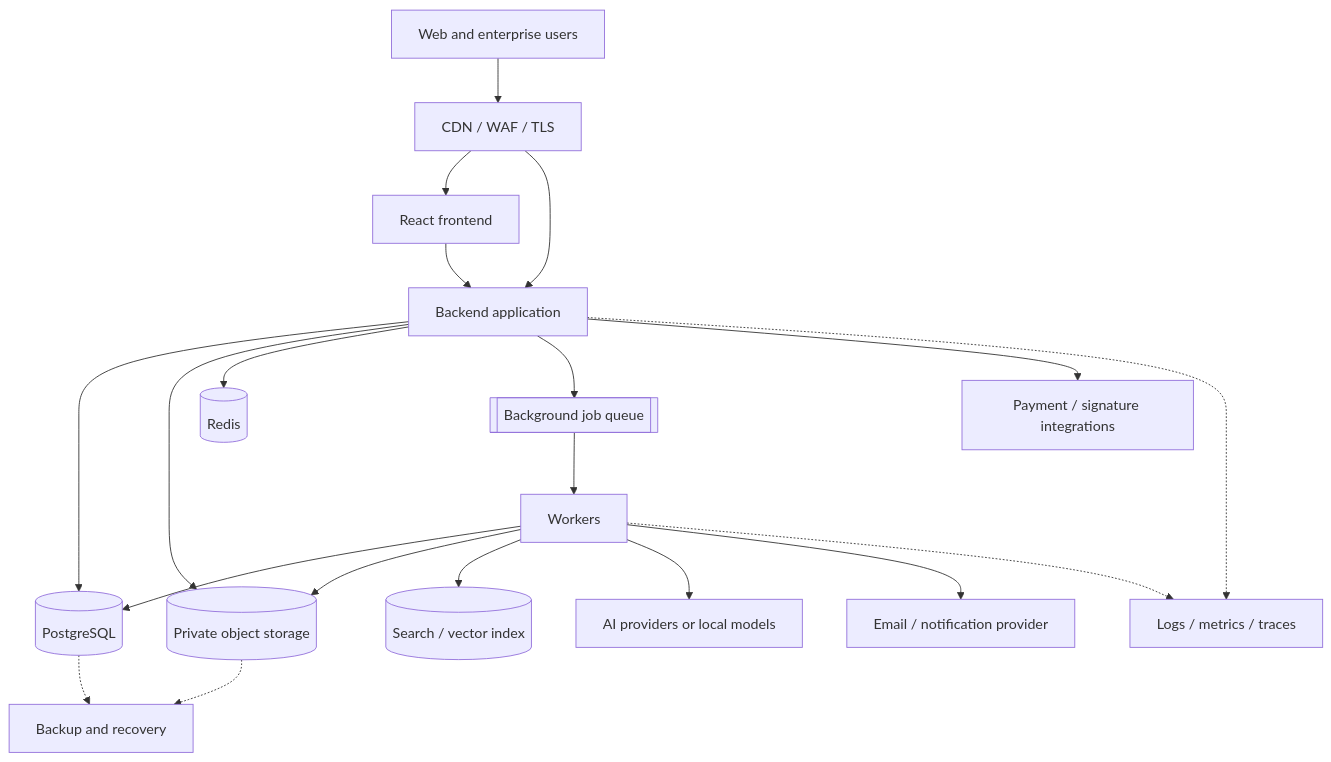
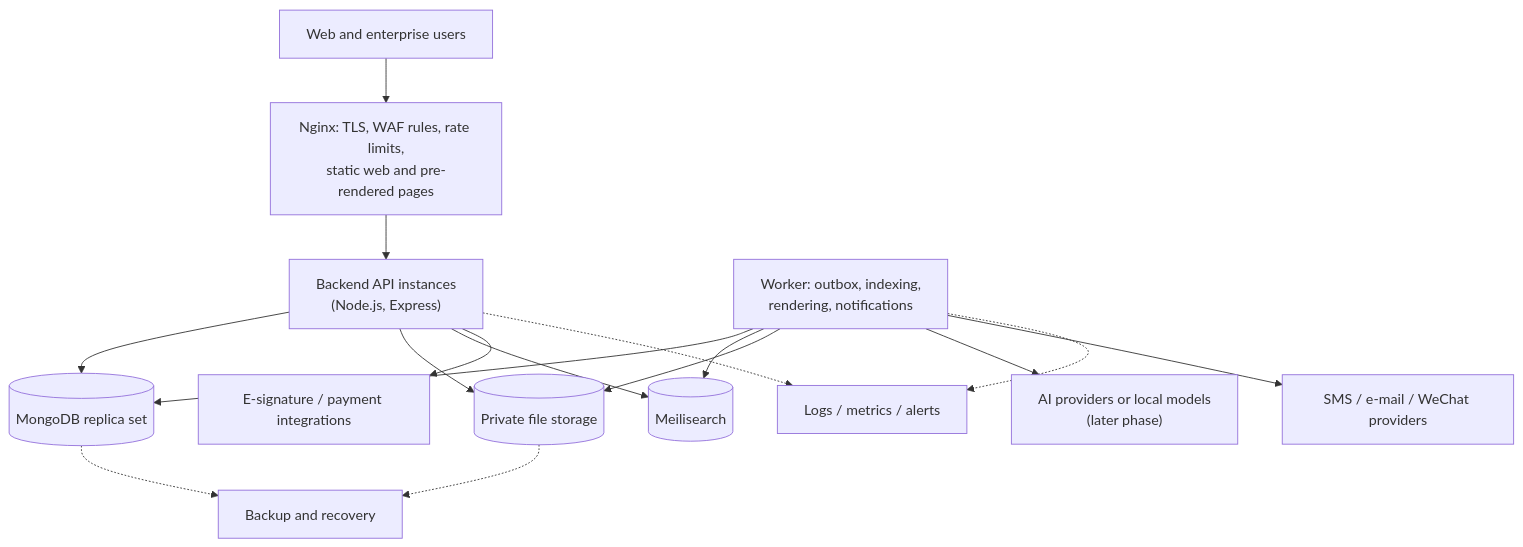
Diagram 21 of 21 in 05-system-design-blueprint.md (greensoft-atom/tex-platform), drawn with Mermaid before and after one commit. The commit also changed other lines of this file and 25 other files, not shown here.

````diff
--- a/05-system-design-blueprint.md
+++ b/05-system-design-blueprint.md
@@ -1554,22 +1511,18 @@
 ```mermaid
 flowchart TB
-    U["Web and enterprise users"] --> EDGE["CDN / WAF / TLS"]
-    EDGE --> FE["React frontend"]
-    EDGE --> BE["Backend application"]
-    FE --> BE
-    BE --> PG[("PostgreSQL")]
-    BE --> OS[("Private object storage")]
-    BE --> RD[("Redis")]
-    BE --> Q[["Background job queue"]]
-    Q --> WK["Workers"]
-    WK --> PG
+    U["Web and enterprise users"] --> EDGE["Nginx: TLS, WAF rules, rate limits,<br/>static web and pre-rendered pages"]
+    EDGE --> BE["Backend API instances<br/>(Node.js, Express)"]
+    BE --> DB[("MongoDB replica set")]
+    BE --> OS[("Private file storage")]
+    BE --> SI[("Meilisearch")]
+    WK["Worker: outbox, indexing,<br/>rendering, notifications"] --> DB
+    WK --> SI
     WK --> OS
-    WK --> SI[("Search / vector index")]
-    WK --> AI["AI providers or local models"]
-    WK --> EM["Email / notification provider"]
-    BE --> INT["Payment / signature integrations"]
-    BE -.-> OBS["Logs / metrics / traces"]
+    WK --> AI["AI providers or local models<br/>(later phase)"]
+    WK --> EM["SMS / e-mail / WeChat providers"]
+    BE --> INT["E-signature / payment integrations"]
+    BE -.-> OBS["Logs / metrics / alerts"]
     WK -.-> OBS
-    PG -.-> BK["Backup and recovery"]
+    DB -.-> BK["Backup and recovery"]
     OS -.-> BK
 ```
````
